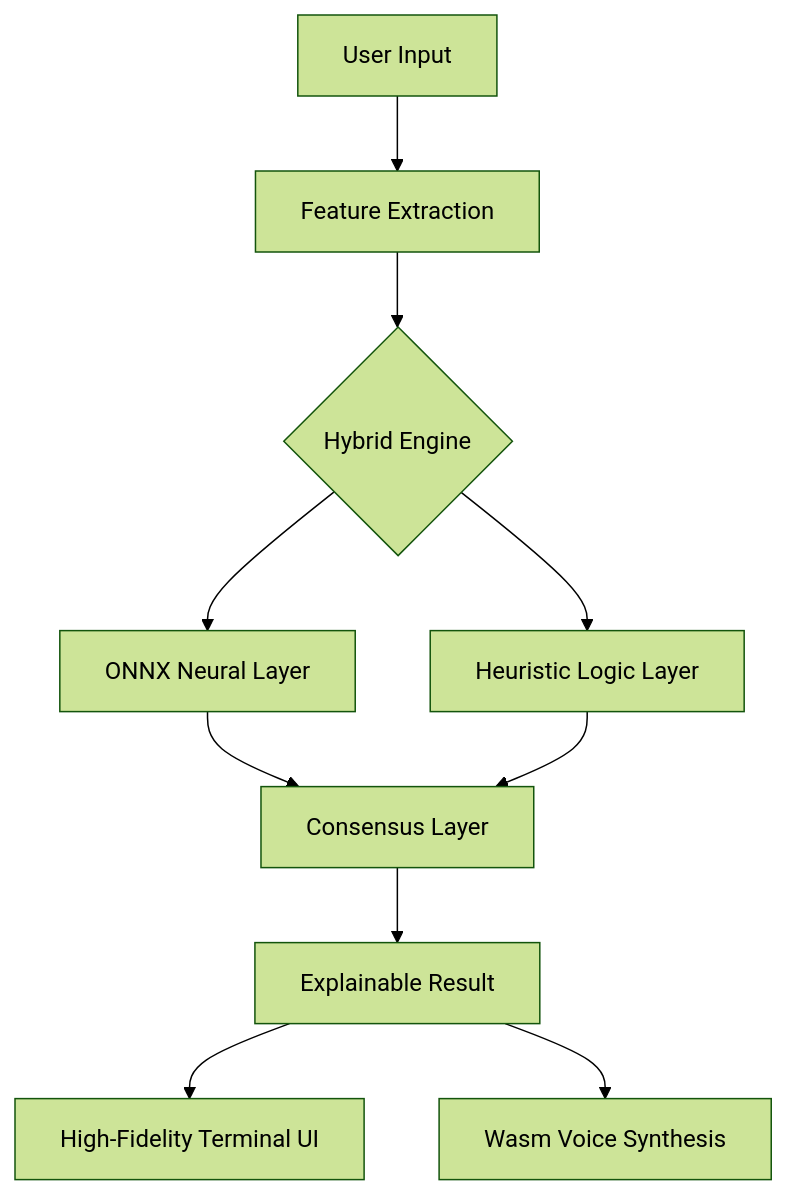
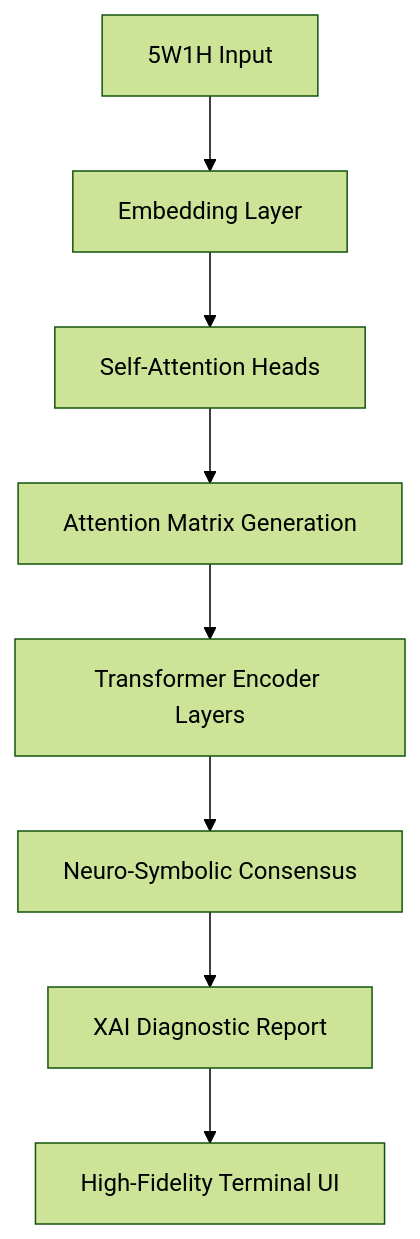
One commit to furukawa1020/myakuarimyakunasiAIkunn changed the diagram in myakuari_ai/README.md. Above: the diagram before and after it, drawn with Mermaid (forest theme). The commit also changed other lines of this file and 4 other files, not shown here.

Commit message:
feat: implement domain models, inference engine interface, result UI, and PyTorch DNN trainer architecture

````diff
--- a/myakuari_ai/README.md
+++ b/myakuari_ai/README.md
@@ -42,12 +28,10 @@
 ```mermaid
 graph TD
-    A[User Input] --> B[Feature Extraction]
-    B --> C{Hybrid Engine}
-    C --> D[ONNX Neural Layer]
-    C --> E[Heuristic Logic Layer]
-    D --> F[Consensus Layer]
-    E --> F
-    F --> G[Explainable Result]
+    A[5W1H Input] --> B[Embedding Layer]
+    B --> C[Self-Attention Heads]
+    C --> D[Attention Matrix Generation]
+    D --> E[Transformer Encoder Layers]
+    E --> F[Neuro-Symbolic Consensus]
+    F --> G[XAI Diagnostic Report]
     G --> H[High-Fidelity Terminal UI]
-    G --> I[Wasm Voice Synthesis]
 ```
````
